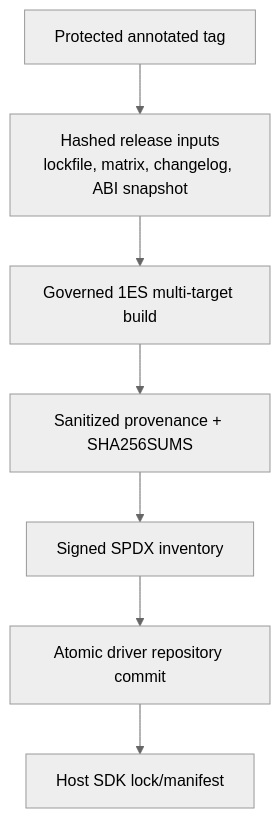
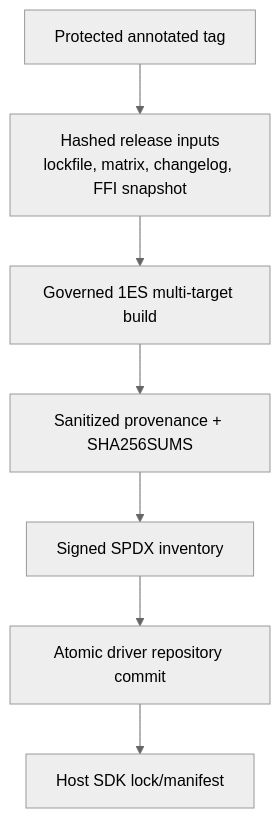
The second of 3 diagrams in sdk/cosmos/azure_data_cosmos_driver_native/docs/NATIVE_VERSIONING_AND_RELEASES.md (Azure/azure-sdk-for-rust), drawn with Mermaid (neutral theme) before and after one commit. The commit also changed other lines of this file and 2 other files, not shown here.

````diff
--- a/sdk/cosmos/azure_data_cosmos_driver_native/docs/NATIVE_VERSIONING_AND_RELEASES.md
+++ b/sdk/cosmos/azure_data_cosmos_driver_native/docs/NATIVE_VERSIONING_AND_RELEASES.md
@@ -381,17 +356,17 @@
 ```mermaid
 flowchart TD
     T["Protected annotated tag"]
-    I["Hashed release inputs<br/>lockfile, matrix, changelog, ABI snapshot"]
+    I["Hashed release inputs<br/>lockfile, matrix, changelog, FFI snapshot"]
     B["Governed 1ES multi-target build"]
     P["Sanitized provenance + SHA256SUMS"]
     S["Signed SPDX inventory"]
     R["Atomic driver repository commit"]
     H["Host SDK lock/manifest"]
 
     T --> I
     I --> B
     B --> P
     P --> S
     S --> R
     R --> H
 ```
````
